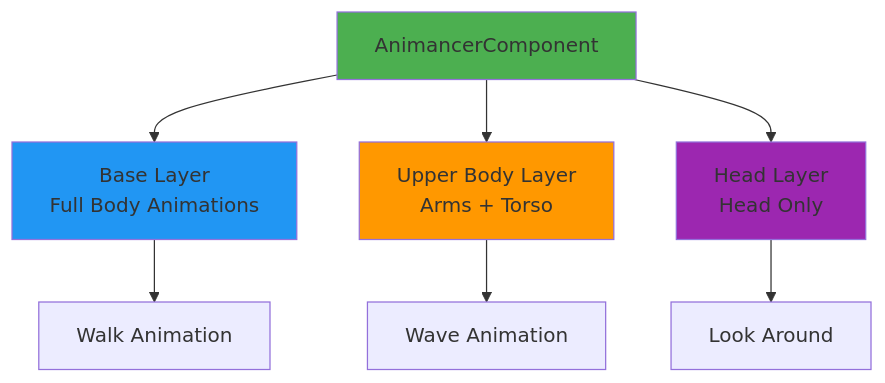
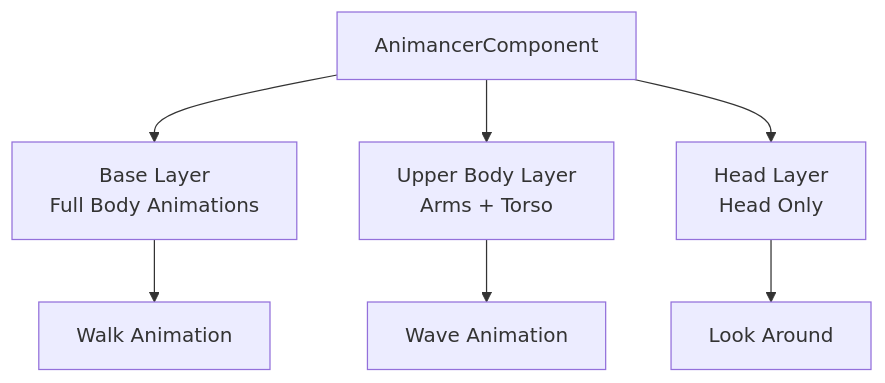
One commit to wallstop/unity-tips changed the first of 2 diagrams in docs/animancer/03-advanced-techniques.md. Above: the diagram before and after it, drawn with Mermaid. The commit also changed 27 other files, not shown here.

Commit message:
Convert ASCII diagrams to Mermaid format (#30)

````diff
--- a/docs/animancer/03-advanced-techniques.md
+++ b/docs/animancer/03-advanced-techniques.md
@@ -35,15 +35,11 @@
 ```mermaid
 graph TD
     A[AnimancerComponent] --> B[Base Layer<br/>Full Body Animations]
     A --> C[Upper Body Layer<br/>Arms + Torso]
     A --> D[Head Layer<br/>Head Only]
 
     B --> E[Walk Animation]
     C --> F[Wave Animation]
     D --> G[Look Around]
 
-    style A fill:#4CAF50
-    style B fill:#2196F3
-    style C fill:#FF9800
-    style D fill:#9C27B0
 ```
````
